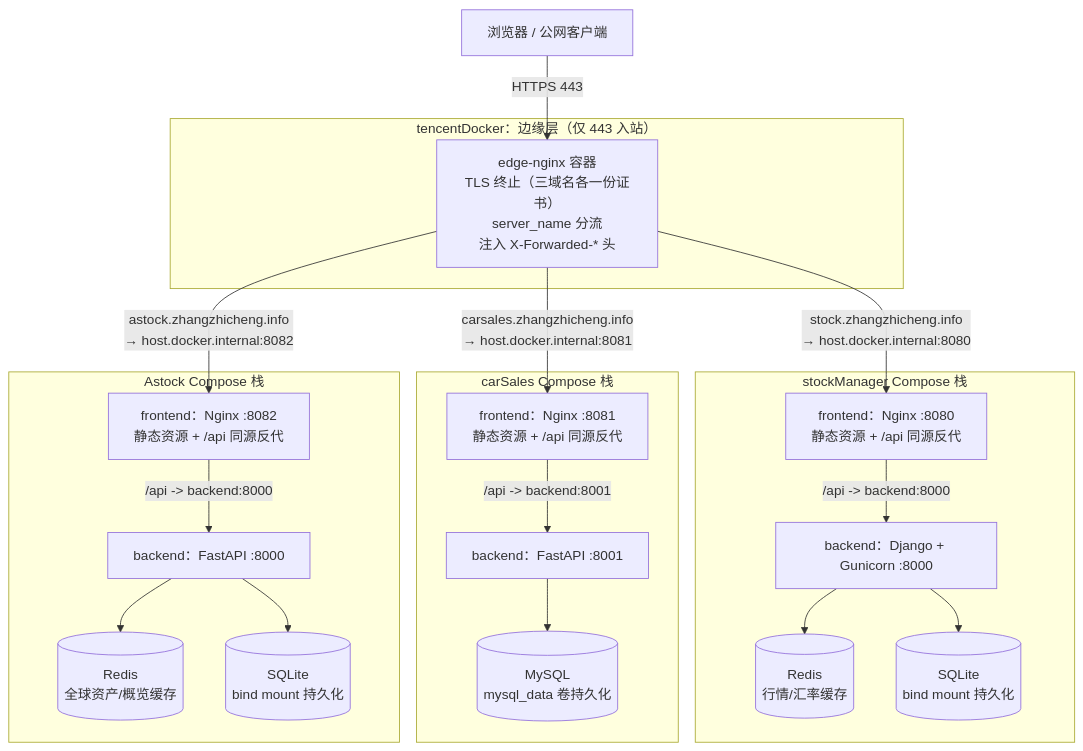
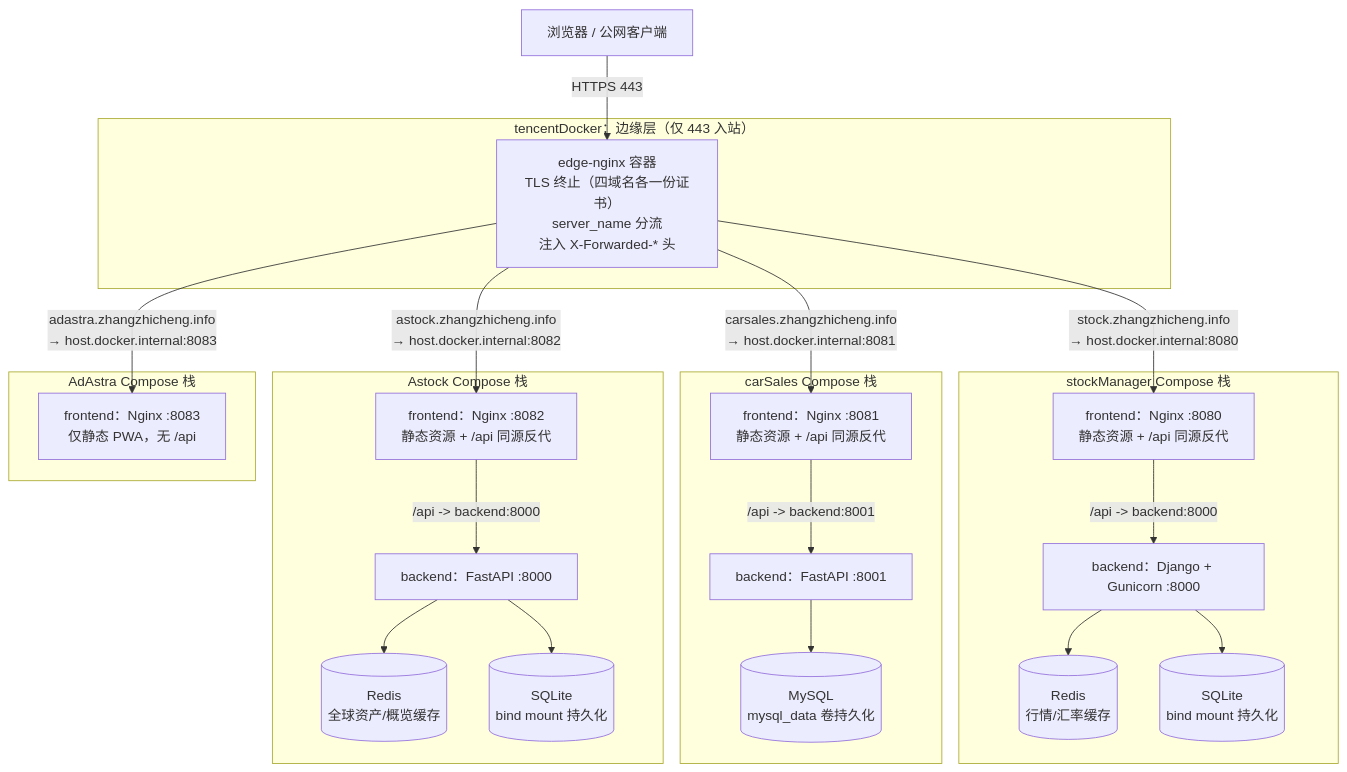
Before and after one commit to gunerguner/tencentDocker: the diagram in docs/deploy-guide.md, drawn with Mermaid. The commit also changed other lines of this file and 4 other files, not shown here.

First line of the commit message:
feat: 添加 AdAstra 支持，更新 Nginx 配置与文档

````diff
--- a/docs/deploy-guide.md
+++ b/docs/deploy-guide.md
@@ -9,41 +9,46 @@
 ```mermaid
 flowchart TB
     client["浏览器 / 公网客户端"]
 
     subgraph edge["tencentDocker：边缘层（仅 443 入站）"]
-        nginx["edge-nginx 容器<br/>TLS 终止（三域名各一份证书）<br/>server_name 分流<br/>注入 X-Forwarded-* 头"]
+        nginx["edge-nginx 容器<br/>TLS 终止（四域名各一份证书）<br/>server_name 分流<br/>注入 X-Forwarded-* 头"]
     end
 
     subgraph stock["stockManager Compose 栈"]
         sfe["frontend：Nginx :8080<br/>静态资源 + /api 同源反代"]
         sbe["backend：Django + Gunicorn :8000"]
         sredis[("Redis<br/>行情/汇率缓存")]
         ssqlite[("SQLite<br/>bind mount 持久化")]
         sfe -->|/api -> backend:8000| sbe
         sbe --> sredis
         sbe --> ssqlite
     end
 
     subgraph car["carSales Compose 栈"]
         cfe["frontend：Nginx :8081<br/>静态资源 + /api 同源反代"]
         cbe["backend：FastAPI :8001"]
         cmysql[("MySQL<br/>mysql_data 卷持久化")]
         cfe -->|/api -> backend:8001| cbe
         cbe --> cmysql
     end
 
     subgraph astock["Astock Compose 栈"]
         afe["frontend：Nginx :8082<br/>静态资源 + /api 同源反代"]
         abe["backend：FastAPI :8000"]
         aredis[("Redis<br/>全球资产/概览缓存")]
         asqlite[("SQLite<br/>bind mount 持久化")]
         afe -->|/api -> backend:8000| abe
         abe --> aredis
         abe --> asqlite
     end
 
+    subgraph adastra["AdAstra Compose 栈"]
+        dfe["frontend：Nginx :8083<br/>仅静态 PWA，无 /api"]
+    end
+
     client -->|HTTPS 443| nginx
     nginx -->|"stock.zhangzhicheng.info<br/>→ host.docker.internal:8080"| sfe
     nginx -->|"carsales.zhangzhicheng.info<br/>→ host.docker.internal:8081"| cfe
     nginx -->|"astock.zhangzhicheng.info<br/>→ host.docker.internal:8082"| afe
+    nginx -->|"adastra.zhangzhicheng.info<br/>→ host.docker.internal:8083"| dfe
 ```
````
